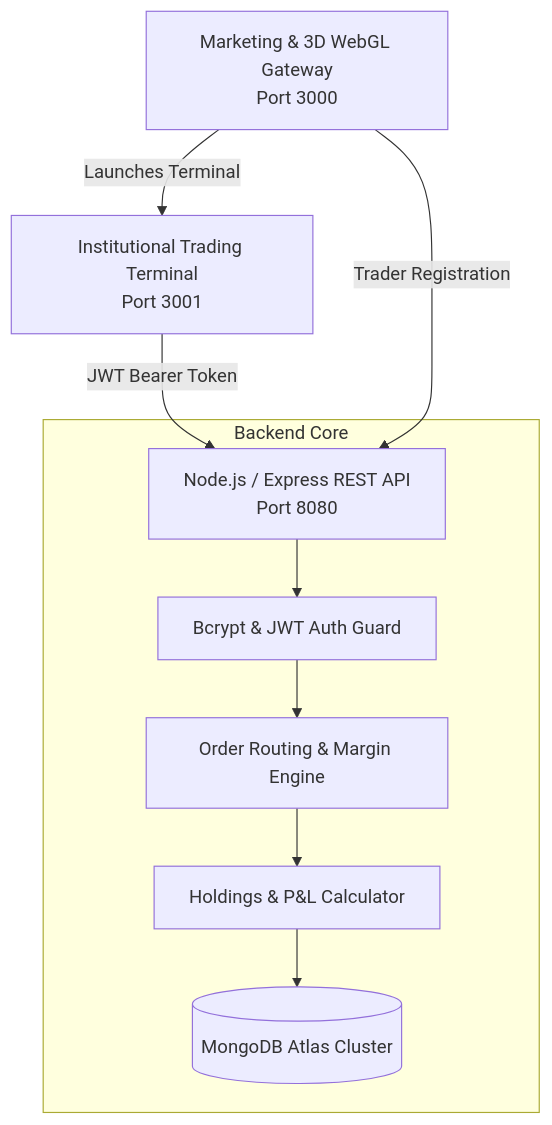
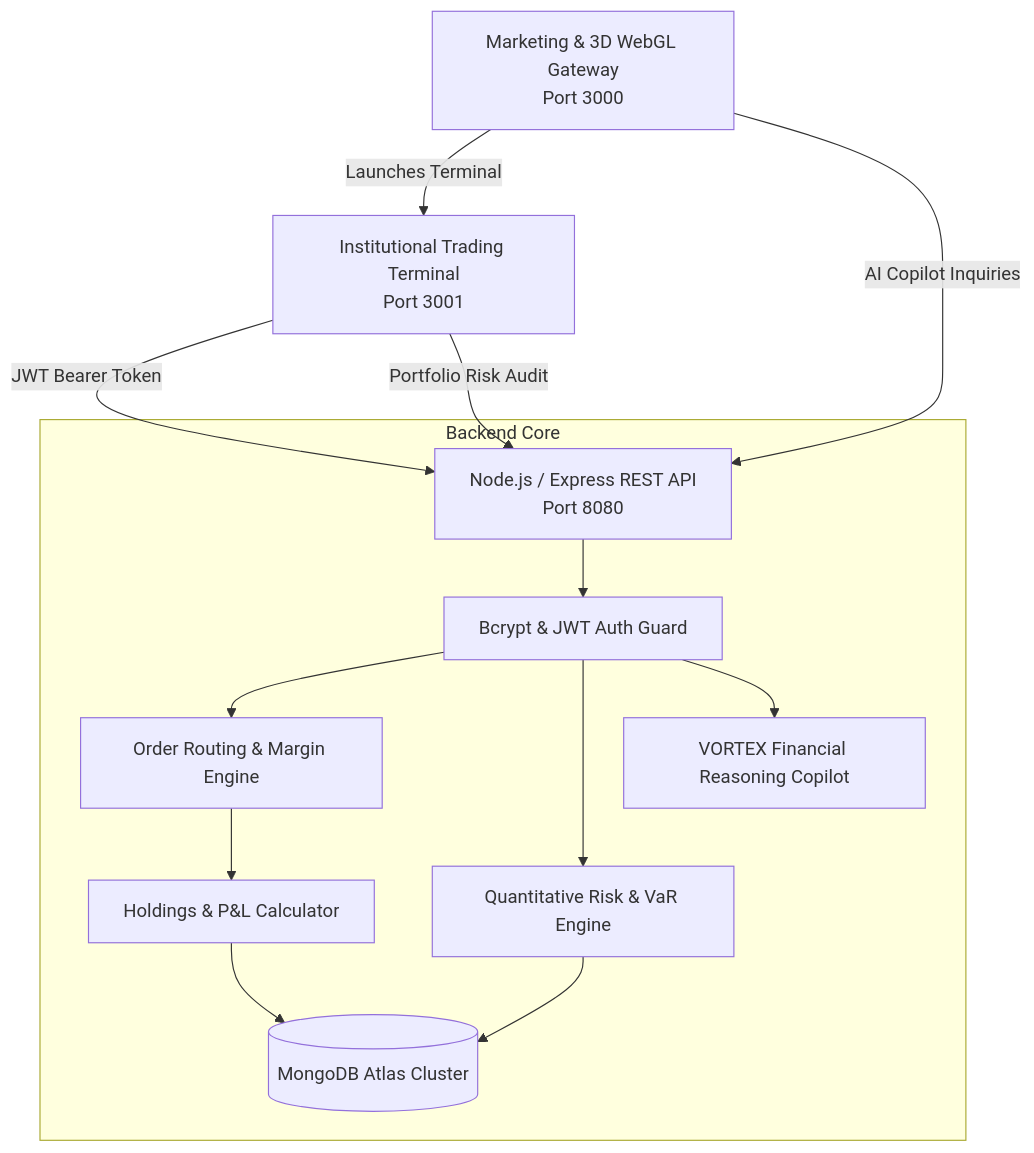
One commit to hritika2024-15/Trading changed the diagram in README.md. Above: the diagram before and after it, drawn with Mermaid. The commit also changed other lines of this file, not shown here.

````diff
--- a/README.md
+++ b/README.md
@@ -76,13 +123,17 @@
 ```mermaid
 graph TD
     ClientFrontend[Marketing & 3D WebGL Gateway\nPort 3000] -->|Launches Terminal| ClientDashboard[Institutional Trading Terminal\nPort 3001]
     ClientDashboard -->|JWT Bearer Token| APIGateway[Node.js / Express REST API\nPort 8080]
-    ClientFrontend -->|Trader Registration| APIGateway
+    ClientFrontend -->|AI Copilot Inquiries| APIGateway
+    ClientDashboard -->|Portfolio Risk Audit| APIGateway
     
     subgraph Backend Core
         APIGateway --> AuthMiddleware[Bcrypt & JWT Auth Guard]
         AuthMiddleware --> OrderEngine[Order Routing & Margin Engine]
+        AuthMiddleware --> RiskEngine[Quantitative Risk & VaR Engine]
+        AuthMiddleware --> AICopilot[VORTEX Financial Reasoning Copilot]
         OrderEngine --> PortfolioService[Holdings & P&L Calculator]
         PortfolioService --> MongoDB[(MongoDB Atlas Cluster)]
+        RiskEngine --> MongoDB
     end
 ```
````
